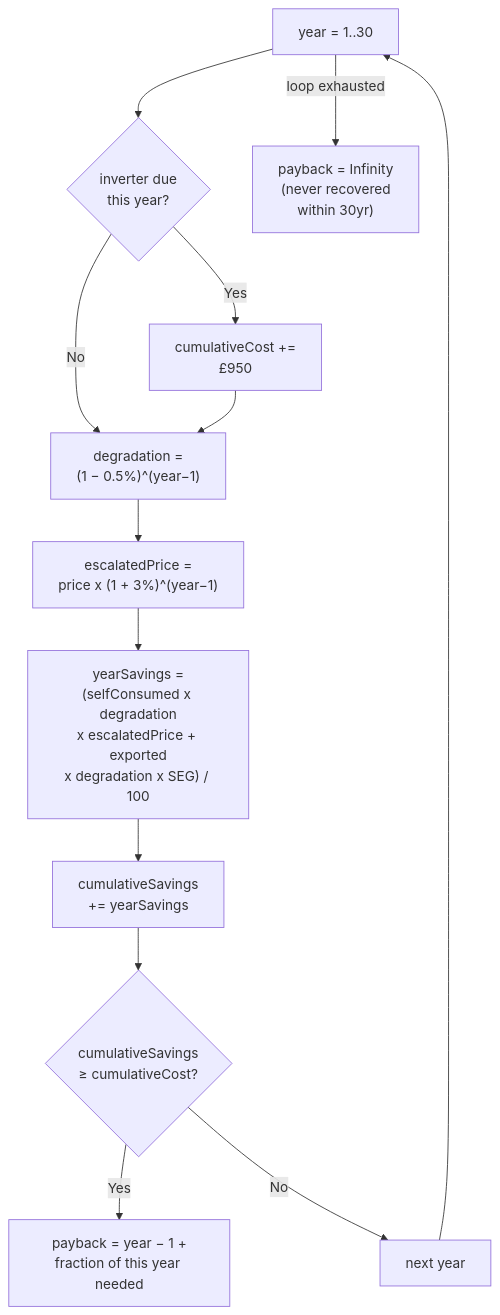
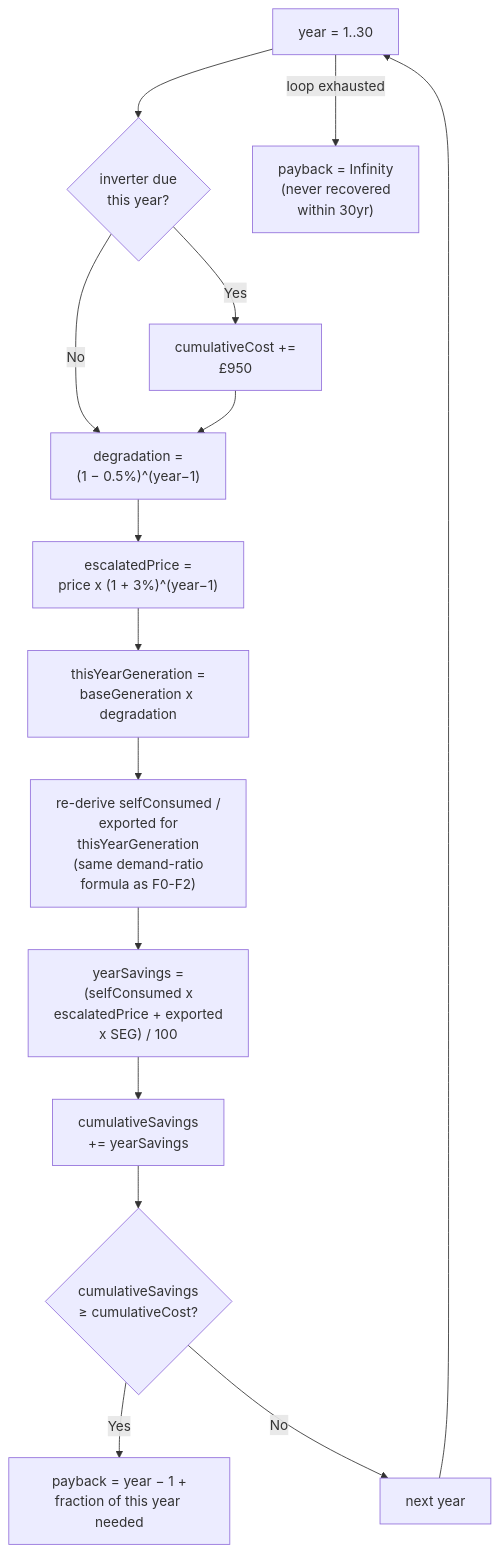
One commit to spallavi-stack/shubha-pm-portfolio changed the eighth of 8 diagrams in projects/sunnysideup/docs/calculation-logic.md. Above: the diagram before and after it, drawn with Mermaid. The commit also changed other lines of this file and 3 other files, not shown here.

First line of the commit message:
Recompute self-consumption split every year in payback simulation

````diff
--- a/projects/sunnysideup/docs/calculation-logic.md
+++ b/projects/sunnysideup/docs/calculation-logic.md
@@ -398,27 +398,31 @@
 ```mermaid
 flowchart TD
   Y0["year = 1..30"]
   Y1{"inverter due<br/>this year?"}
   Y2["cumulativeCost +=<br/>£950"]
   Y3["degradation =<br/>(1 − 0.5%)^(year−1)"]
   Y4["escalatedPrice =<br/>price x (1 + 3%)^(year−1)"]
-  Y5["yearSavings =<br/>(selfConsumed x degradation<br/>x escalatedPrice + exported<br/>x degradation x SEG) / 100"]
+  Y4b["thisYearGeneration =<br/>baseGeneration x degradation"]
+  Y4c["re-derive selfConsumed /<br/>exported for<br/>thisYearGeneration<br/>(same demand-ratio<br/>formula as F0-F2)"]
+  Y5["yearSavings =<br/>(selfConsumed x<br/>escalatedPrice + exported<br/>x SEG) / 100"]
   Y6["cumulativeSavings<br/>+= yearSavings"]
   Y7{"cumulativeSavings<br/>≥ cumulativeCost?"}
   Y8["payback = year − 1 +<br/>fraction of this year needed"]
   Y9["next year"]
   Y10["payback = Infinity<br/>(never recovered<br/>within 30yr)"]
 
   Y0 --> Y1
   Y1 -->|Yes| Y2
   Y1 -->|No| Y3
   Y2 --> Y3
   Y3 --> Y4
-  Y4 --> Y5
+  Y4 --> Y4b
+  Y4b --> Y4c
+  Y4c --> Y5
   Y5 --> Y6
   Y6 --> Y7
   Y7 -->|Yes| Y8
   Y7 -->|No| Y9
   Y9 --> Y0
   Y0 -->|"loop exhausted"| Y10
 ```
````
